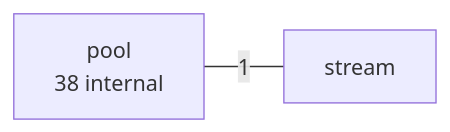
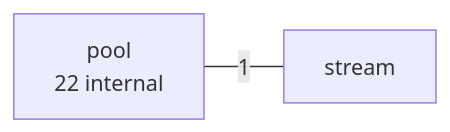
One commit to LukasSelin/doppel changed the second of 6 diagrams in examples/conc.md. Above: the diagram before and after it, drawn with Mermaid. The commit also changed other lines of this file and 36 other files, not shown here.

````diff
--- a/examples/conc.md
+++ b/examples/conc.md
@@ -114,6 +114,6 @@
 ```mermaid
 flowchart LR
-    p0["pool<br/>38 internal"]
+    p0["pool<br/>22 internal"]
     p1["stream"]
     p0 ---|"1"| p1
 ```
````
